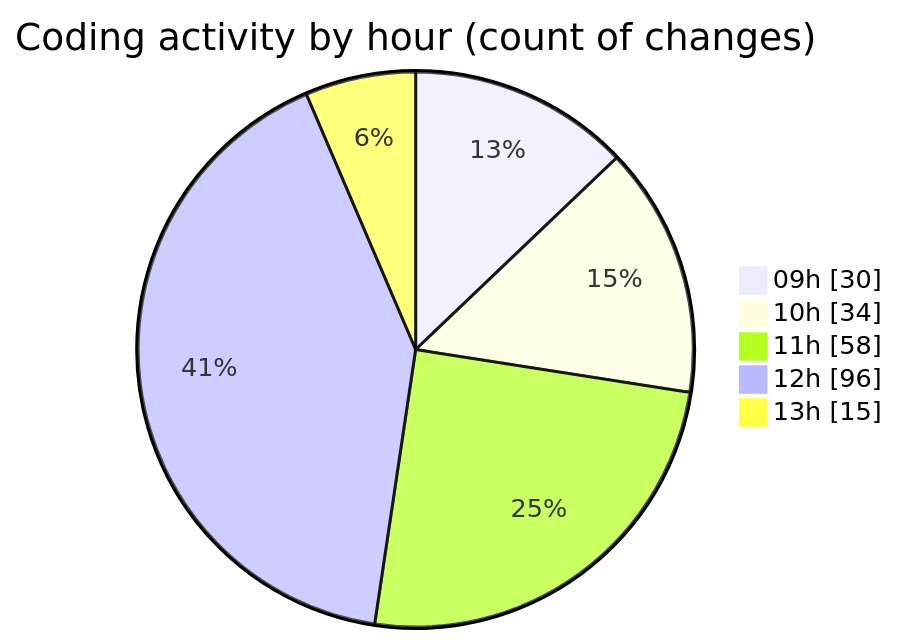
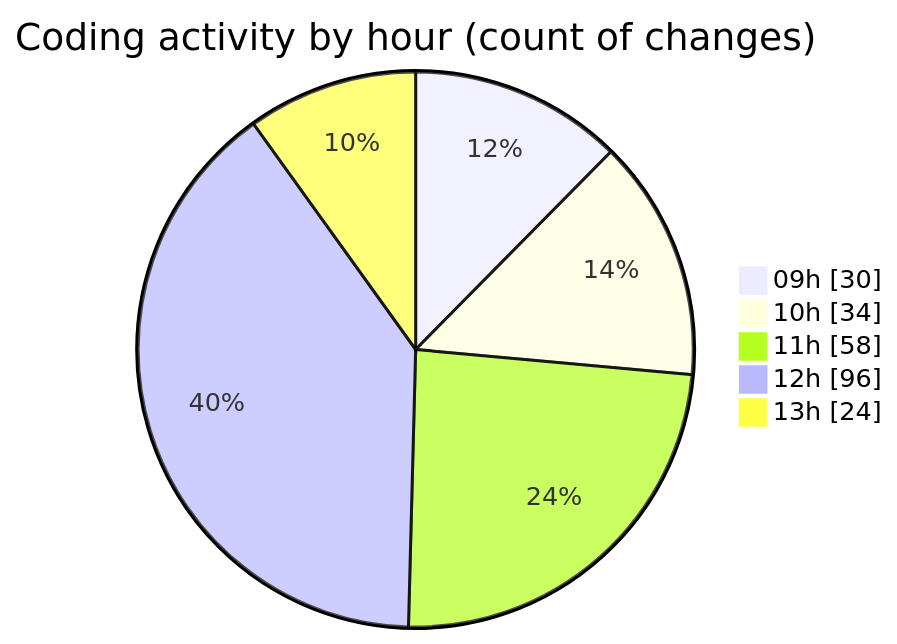
Before and after one commit to momahboobian/code-tracking: the second of 2 diagrams in 2025-04-02/cda/README.md, drawn with Mermaid. The commit also changed other lines of this file and 1 other file, not shown here.

````diff
--- a/2025-04-02/cda/README.md
+++ b/2025-04-02/cda/README.md
@@ -36,9 +36,9 @@
 ```mermaid
 pie showData
 title Coding activity by hour (count of changes)
 "09h" : 30
 "10h" : 34
 "11h" : 58
 "12h" : 96
-"13h" : 15
+"13h" : 24
 ```
````
